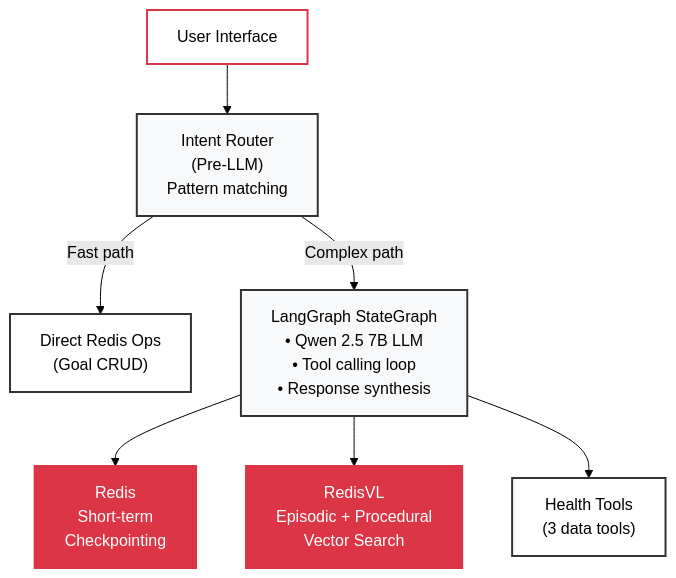
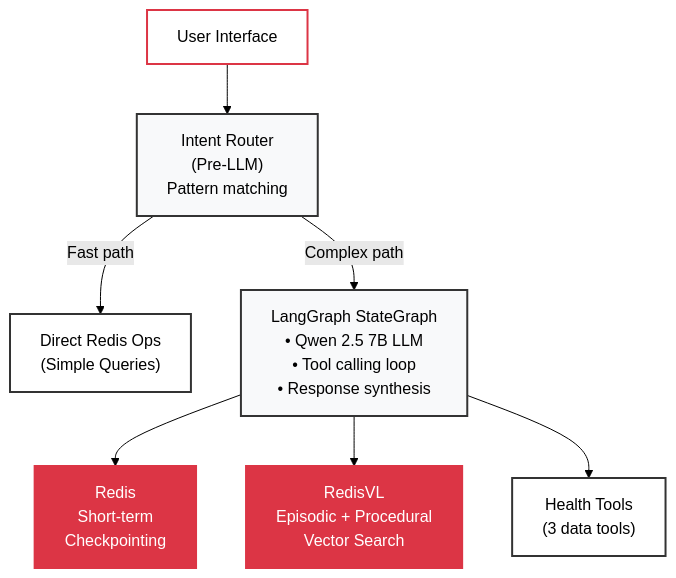
One commit to AllieRays/redis-wellness changed the first of 2 diagrams in docs/STATEFUL_AGENT.md. Above: the diagram before and after it, drawn with Mermaid (forest theme). The commit also changed other lines of this file, not shown here.

Commit message:
Update terminology: replace 'goal CRUD' with 'simple queries' throughout docs

````diff
--- a/docs/STATEFUL_AGENT.md
+++ b/docs/STATEFUL_AGENT.md
@@ -44,28 +44,28 @@
 ```mermaid
 flowchart TB
     UI["User Interface"]
     Router["Intent Router<br/>(Pre-LLM)<br/>Pattern matching"]
 
-    FastPath["Direct Redis Ops<br/>(Goal CRUD)"]
+    FastPath["Direct Redis Ops<br/>(Simple Queries)"]
     ComplexPath["LangGraph StateGraph<br/>• Qwen 2.5 7B LLM<br/>• Tool calling loop<br/>• Response synthesis"]
 
     RedisShort["Redis<br/>Short-term<br/>Checkpointing"]
     RedisVL["RedisVL<br/>Episodic + Procedural<br/>Vector Search"]
     Tools["Health Tools<br/>(3 data tools)"]
 
     UI --> Router
     Router -->|"Fast path"| FastPath
     Router -->|"Complex path"| ComplexPath
 
     ComplexPath --> RedisShort
     ComplexPath --> RedisVL
     ComplexPath --> Tools
 
     style UI fill:#fff,stroke:#dc3545,stroke-width:2px,color:#000
     style Router fill:#f8f9fa,stroke:#333,stroke-width:2px,color:#000
     style FastPath fill:#fff,stroke:#333,stroke-width:2px,color:#000
     style ComplexPath fill:#f8f9fa,stroke:#333,stroke-width:2px,color:#000
     style RedisShort fill:#dc3545,stroke:#dc3545,stroke-width:2px,color:#fff
     style RedisVL fill:#dc3545,stroke:#dc3545,stroke-width:2px,color:#fff
     style Tools fill:#fff,stroke:#333,stroke-width:2px,color:#000
 ```
````
